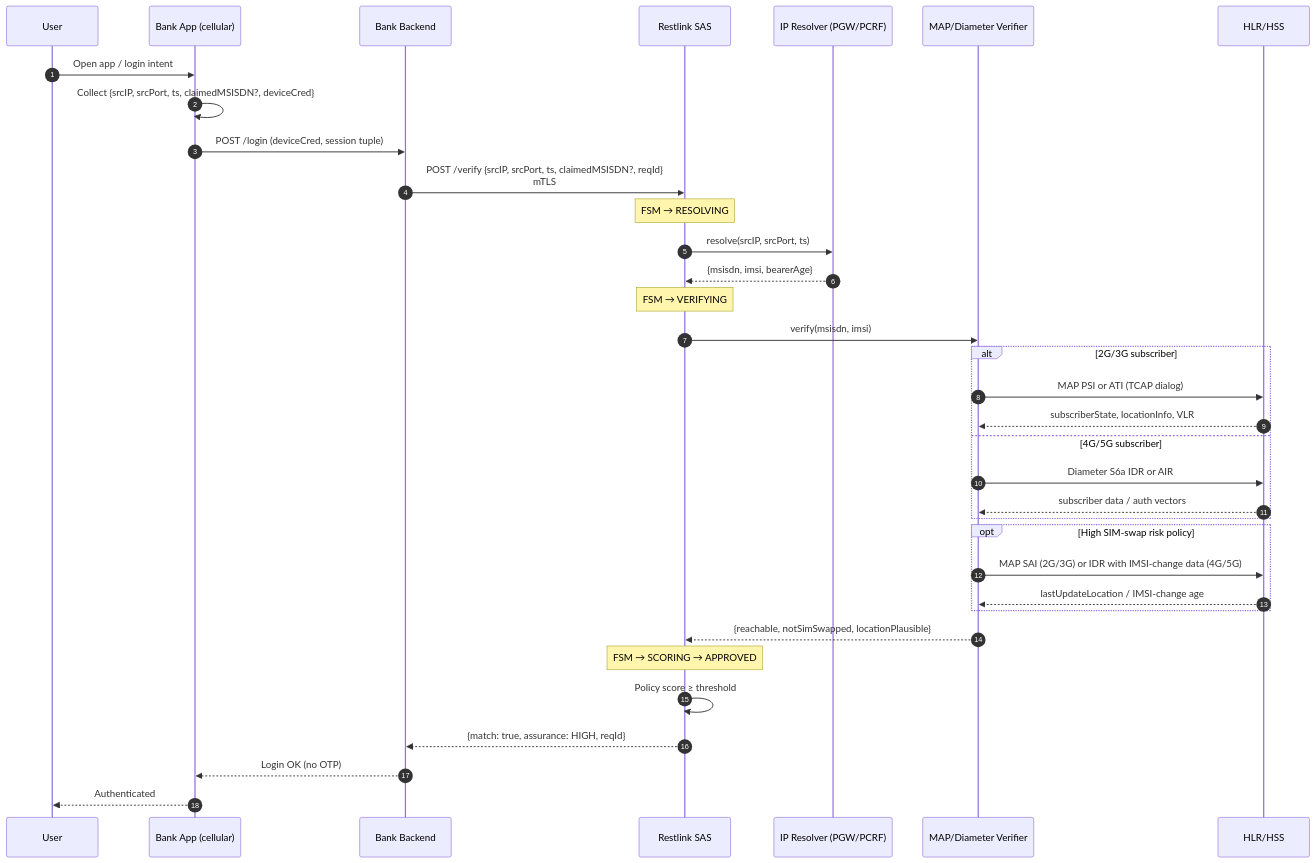
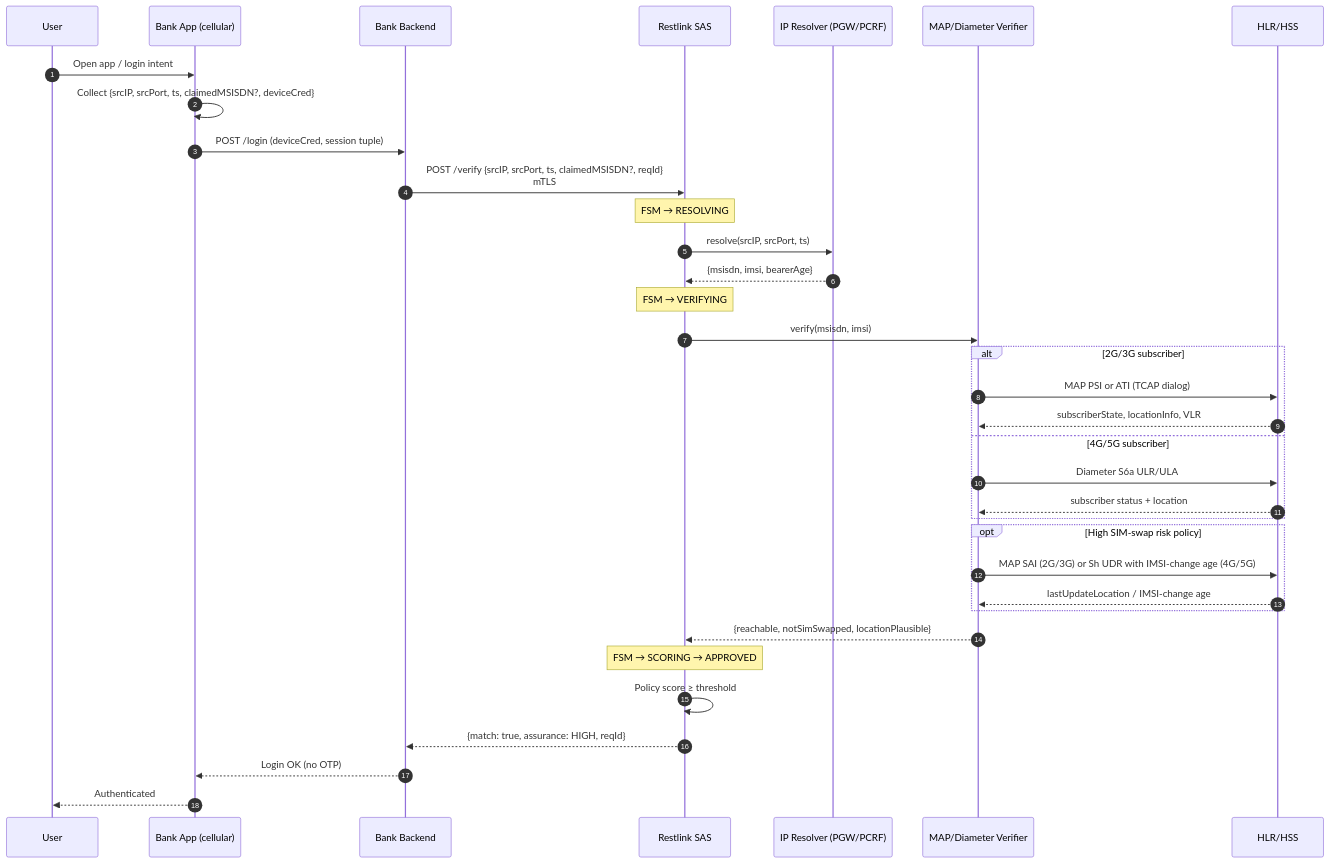
Before and after one commit to nhanth87/silent-authentication: the first of 8 diagrams in proposal/chapters/05_message_flows.md, drawn with Mermaid. The commit also changed other lines of this file and 39 other files, not shown here.

First line of the commit message:
silent auth SAS: diameter S6a/SWx verifier + TS.43 demo test steps

````diff
--- a/proposal/chapters/05_message_flows.md
+++ b/proposal/chapters/05_message_flows.md
@@ -27,38 +27,38 @@
 ```mermaid
 sequenceDiagram
     autonumber
     participant U as User
     participant App as Bank App (cellular)
     participant BE as Bank Backend
     participant SAS as Restlink SAS
     participant RES as IP Resolver (PGW/PCRF)
     participant VER as MAP/Diameter Verifier
     participant HSS as HLR/HSS
 
     U->>App: Open app / login intent
     App->>App: Collect {srcIP, srcPort, ts, claimedMSISDN?, deviceCred}
     App->>BE: POST /login (deviceCred, session tuple)
     BE->>SAS: POST /verify {srcIP, srcPort, ts, claimedMSISDN?, reqId}<br/>mTLS
     Note over SAS: FSM → RESOLVING
     SAS->>RES: resolve(srcIP, srcPort, ts)
     RES-->>SAS: {msisdn, imsi, bearerAge}
     Note over SAS: FSM → VERIFYING
     SAS->>VER: verify(msisdn, imsi)
     alt 2G/3G subscriber
         VER->>HSS: MAP PSI or ATI (TCAP dialog)
         HSS-->>VER: subscriberState, locationInfo, VLR
     else 4G/5G subscriber
-        VER->>HSS: Diameter S6a IDR or AIR
-        HSS-->>VER: subscriber data / auth vectors
+        VER->>HSS: Diameter S6a ULR/ULA
+        HSS-->>VER: subscriber status + location
     end
     opt High SIM-swap risk policy
-        VER->>HSS: MAP SAI (2G/3G) or IDR with IMSI-change data (4G/5G)
+        VER->>HSS: MAP SAI (2G/3G) or Sh UDR with IMSI-change age (4G/5G)
         HSS-->>VER: lastUpdateLocation / IMSI-change age
     end
     VER-->>SAS: {reachable, notSimSwapped, locationPlausible}
     Note over SAS: FSM → SCORING → APPROVED
     SAS->>SAS: Policy score ≥ threshold
     SAS-->>BE: {match: true, assurance: HIGH, reqId}
     BE-->>App: Login OK (no OTP)
     App-->>U: Authenticated
 ```
````
